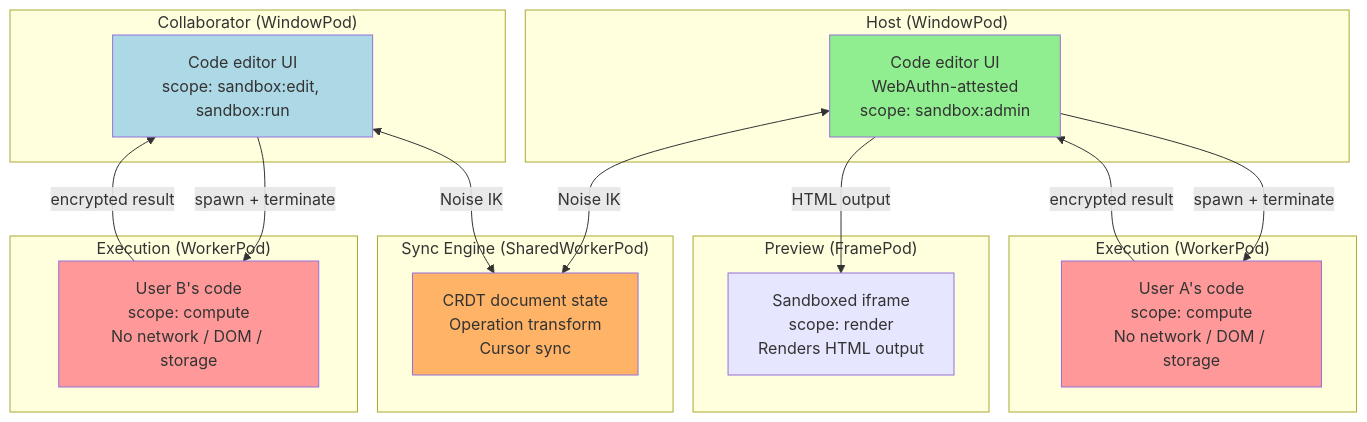
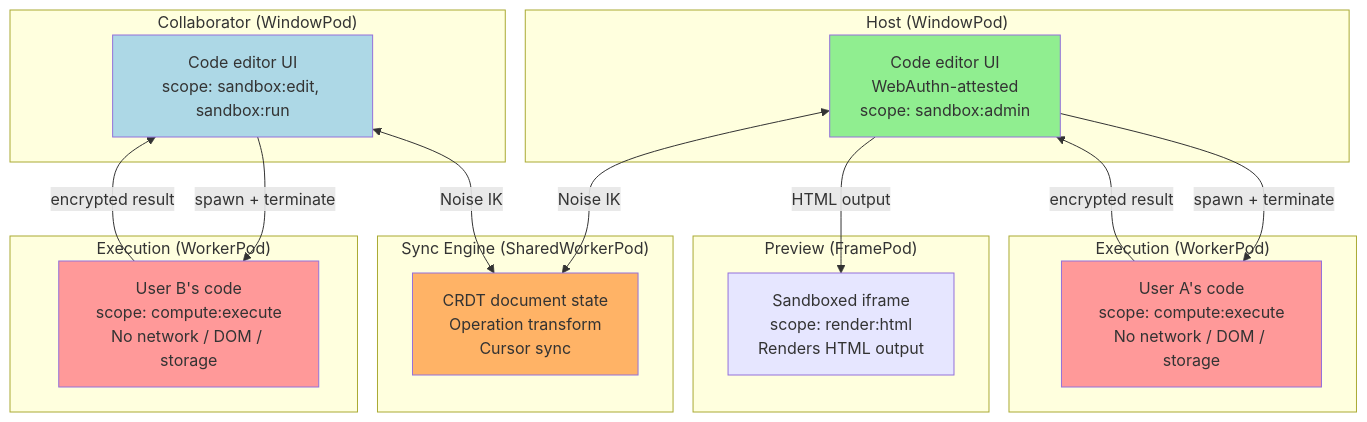
The diagram in docs/browsermesh/examples/08-collaborative-code-sandbox.md (johnhenry/clawser), drawn with Mermaid before and after one commit. The commit also changed other lines of this file and 192 other files, not shown here.

````diff
--- a/docs/browsermesh/examples/08-collaborative-code-sandbox.md
+++ b/docs/browsermesh/examples/08-collaborative-code-sandbox.md
@@ -11,41 +11,41 @@
 ```mermaid
 graph TD
     subgraph Host["Host (WindowPod)"]
         H[Code editor UI<br/>WebAuthn-attested<br/>scope: sandbox:admin]
     end
 
     subgraph Sync["Sync Engine (SharedWorkerPod)"]
         S[CRDT document state<br/>Operation transform<br/>Cursor sync]
     end
 
     subgraph Collab["Collaborator (WindowPod)"]
         C[Code editor UI<br/>scope: sandbox:edit, sandbox:run]
     end
 
     subgraph Exec1["Execution (WorkerPod)"]
-        E1[User A's code<br/>scope: compute<br/>No network / DOM / storage]
+        E1[User A's code<br/>scope: compute:execute<br/>No network / DOM / storage]
     end
 
     subgraph Exec2["Execution (WorkerPod)"]
-        E2[User B's code<br/>scope: compute<br/>No network / DOM / storage]
+        E2[User B's code<br/>scope: compute:execute<br/>No network / DOM / storage]
     end
 
     subgraph Preview["Preview (FramePod)"]
-        P[Sandboxed iframe<br/>scope: render<br/>Renders HTML output]
+        P[Sandboxed iframe<br/>scope: render:html<br/>Renders HTML output]
     end
 
     H <-->|Noise IK| S
     C <-->|Noise IK| S
     H -->|spawn + terminate| E1
     C -->|spawn + terminate| E2
     E1 -->|"encrypted result"| H
     E2 -->|"encrypted result"| C
     H -->|"HTML output"| P
 
     style H fill:#90EE90
     style S fill:#FFB366
     style C fill:#ADD8E6
     style E1 fill:#FF9999
     style E2 fill:#FF9999
     style P fill:#E6E6FF
 ```
````
